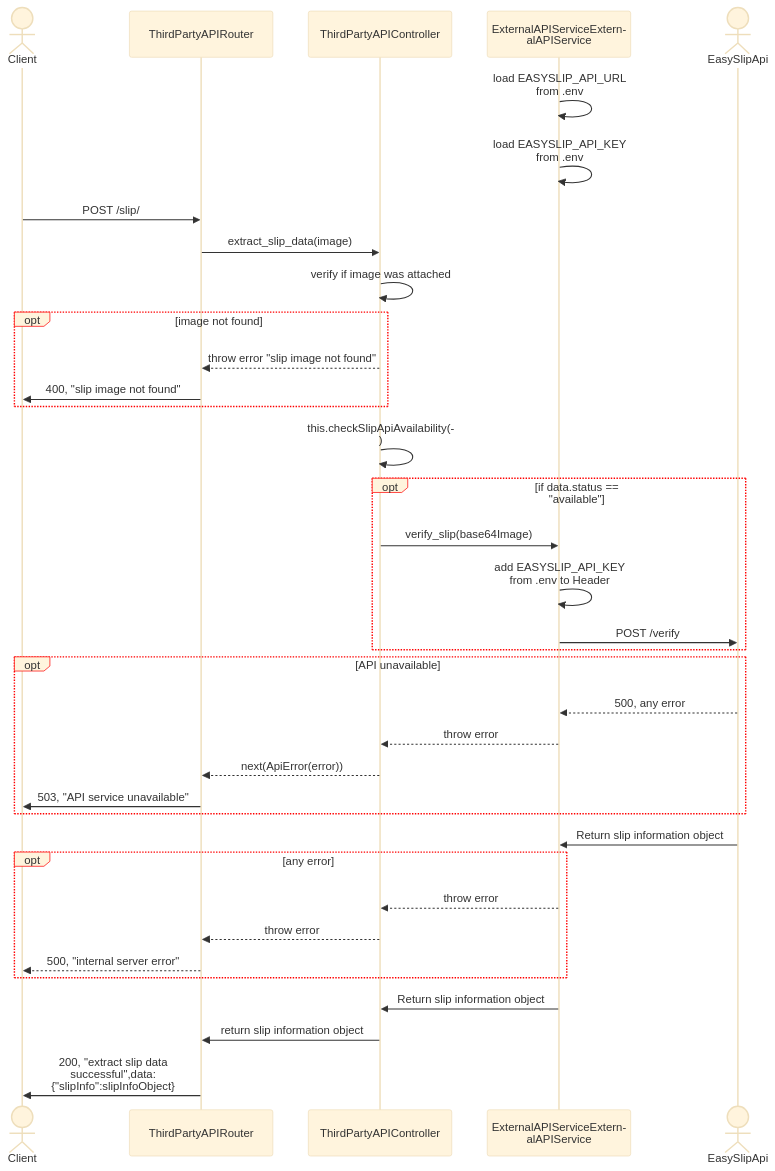
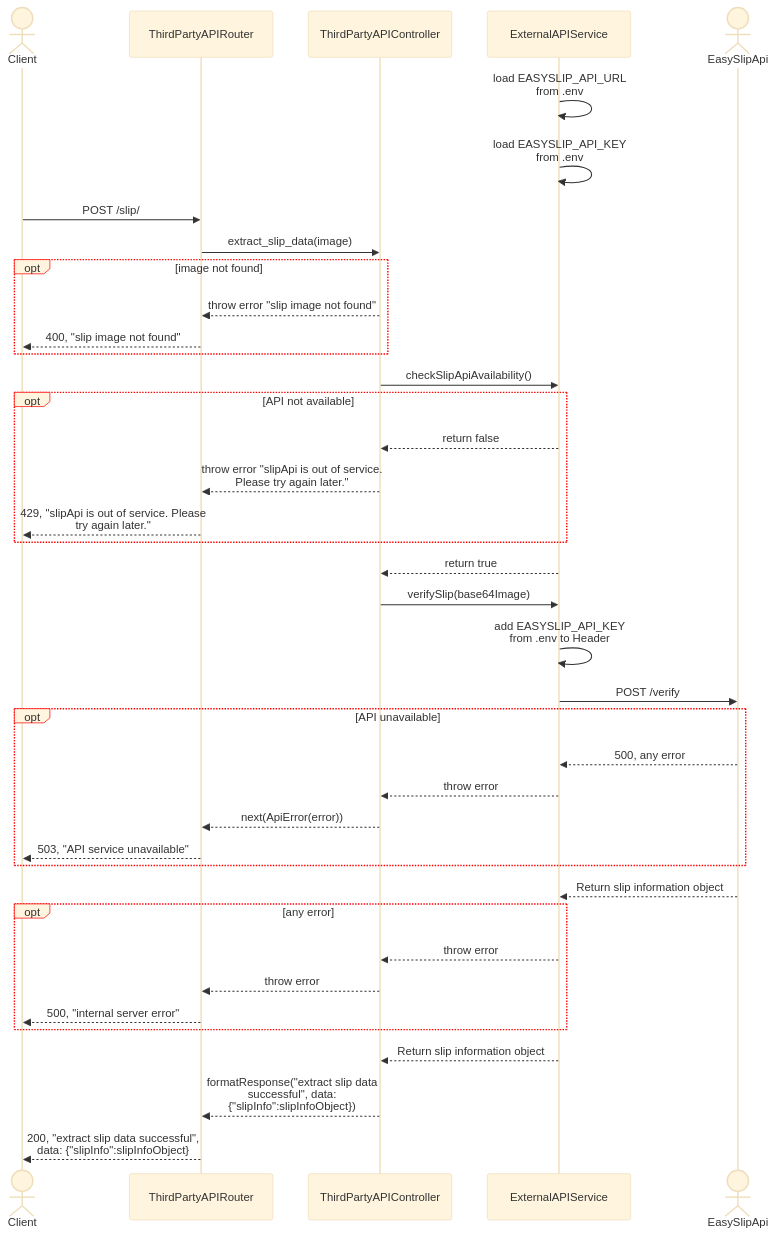
Before and after one commit to SawatKia/WealthTracking: the diagram in design/api/SlipData.mmd, drawn with Mermaid. The commit also changed 2 other files, not shown here.

Commit message:
ensure that calling won't exceed the quota.; remove unuse the json data;

```diff
--- a/design/api/SlipData.mmd
+++ b/design/api/SlipData.mmd
@@ -1,54 +1,57 @@
 %%{
     init: {
         "theme":"base",
         "themeVariables": {
             "fontFamily": "system-ui",
             'labelBoxBorderColor': '#ff0000'
         },
         "sequence": { 
             "wrap": true, 
             "width": 202 
         } 
     }
 }%%
 sequenceDiagram
     Actor Client
     participant Router as ThirdPartyAPIRouter
     participant Cont as ThirdPartyAPIController
-    participant ApiClient as ExternalAPIServiceExternalAPIService
+    participant ApiClient as ExternalAPIService
     Actor Api as EasySlipApi
     %% EASYSLIP_API document = "https://developer.easyslip.com/document"
 
     %% add EASYSLIP_API_URL = "https://developer.easyslip.com/api/v1"<br>to .env
     %% add EASYSLIP_API_KEY from Easy api to .env
     
     ApiClient->>ApiClient: load EASYSLIP_API_URL from .env
     ApiClient->>ApiClient: load EASYSLIP_API_KEY from .env
     Client->>Router: POST /slip/
     Router->>Cont: extract_slip_data(image)
-    Cont->>Cont: verify if image was attached
     opt image not found
         Cont-->>Router: throw error "slip image not found"
-        Router->>Client: 400, "slip image not found"
+        Router-->>Client: 400, "slip image not found"
     end
-    Cont->>Cont: this.checkSlipApiAvailability()
-    opt if data.status == "available"
-    Cont->>ApiClient: verify_slip(base64Image)
+    Cont->>ApiClient: checkSlipApiAvailability()
+    opt API not available
+        ApiClient-->>Cont: return false
+        Cont-->>Router: throw error "slipApi is out of service. Please try again later."
+        Router-->>Client: 429, "slipApi is out of service. Please try again later."
+    end
+    ApiClient-->>Cont: return true
+    Cont->>ApiClient: verifySlip(base64Image)
     ApiClient->>ApiClient: add EASYSLIP_API_KEY from .env to Header
     ApiClient->>Api: POST /verify
-    end 
     opt API unavailable
         Api-->>ApiClient: 500, any error
         ApiClient-->>Cont: throw error 
         Cont-->>Router: next(ApiError(error)) 
-        Router->>Client: 503, "API service unavailable"
+        Router-->>Client: 503, "API service unavailable"
     end
-    Api->>ApiClient: Return slip information object
+    Api-->>ApiClient: Return slip information object
     opt any error
         ApiClient-->>Cont: throw error
         Cont-->>Router: throw error 
         Router-->>Client: 500, "internal server error"
     end
-    ApiClient->>Cont: Return slip information object
-    Cont->>Router: return slip information object
-    Router->>Client: 200, "extract slip data successful",data: {"slipInfo":slipInfoObject}
+    ApiClient-->>Cont: Return slip information object
+    Cont-->>Router: formatResponse("extract slip data successful", data: {"slipInfo":slipInfoObject})
+    Router-->>Client: 200, "extract slip data successful", data: {"slipInfo":slipInfoObject}
```
